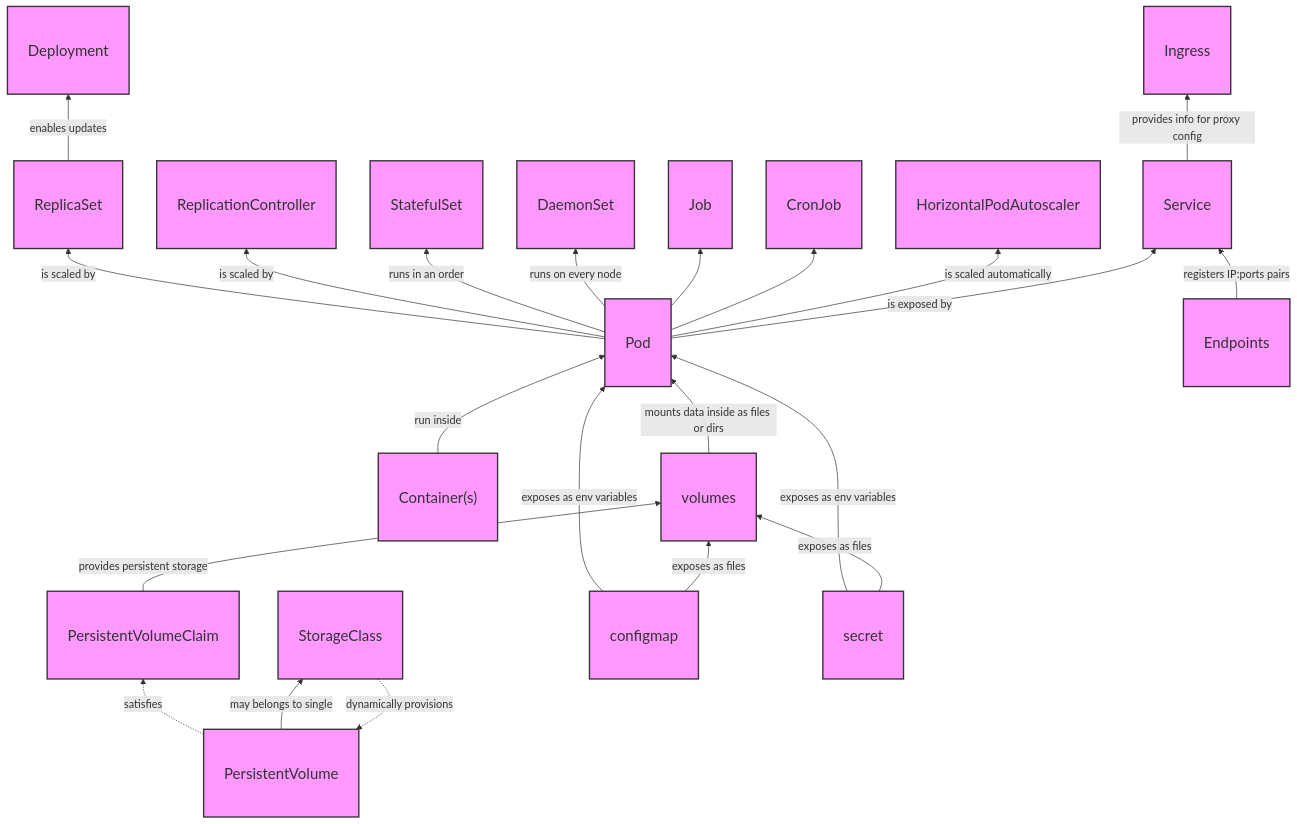
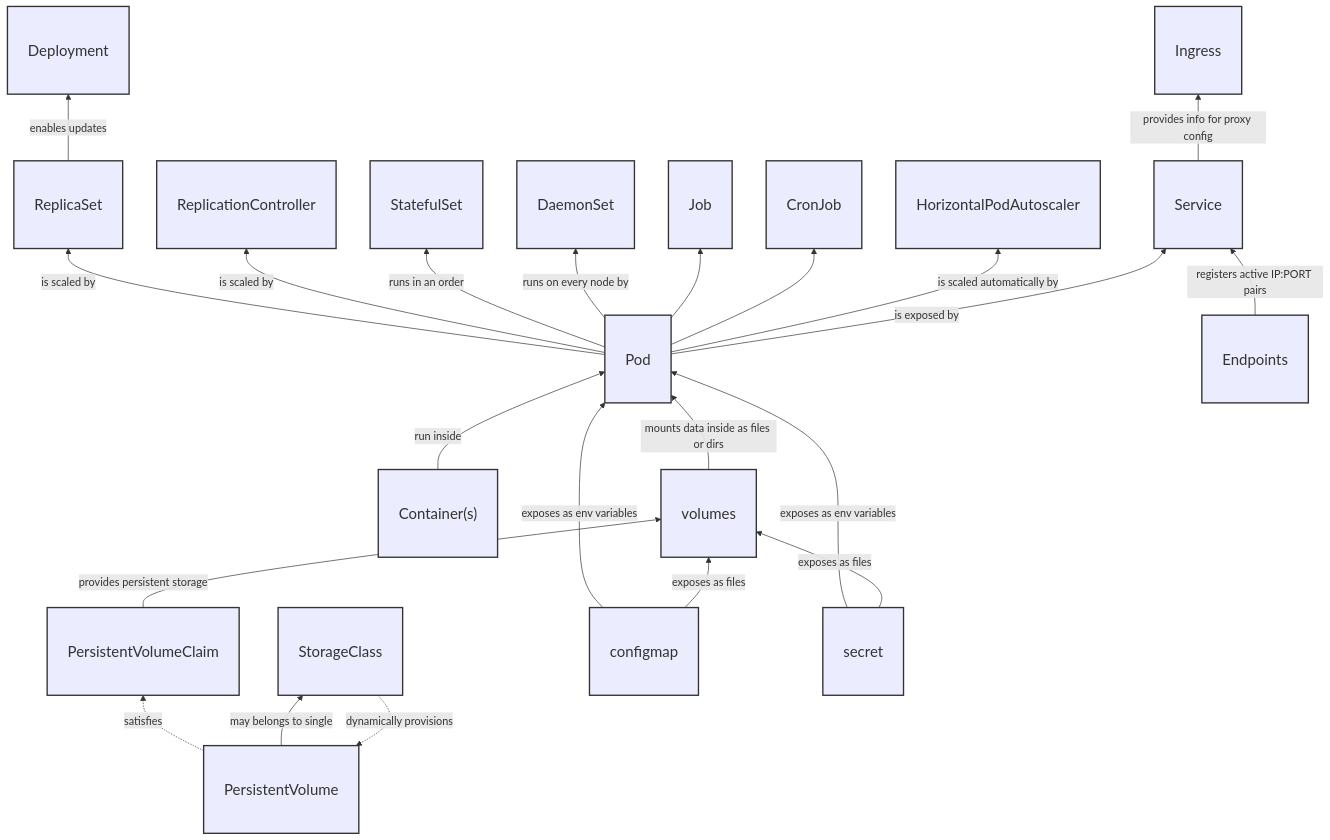
One commit to cloudowski/kubemap changed the diagram in content/kubernetes.md. Above: the diagram before and after it, drawn with Mermaid. The commit also changed 2 other files, not shown here.

Commit message:
Added README and a snapshot of a map

```diff
--- a/content/kubernetes.md
+++ b/content/kubernetes.md
@@ -15,49 +15,48 @@
 {{<mermaid>}}
 graph BT;
     
     linkStyle default interpolate basis
-    classDef default fill:#f9f,stroke:#333,stroke-width:2px,font-size:22px,padding:8px;
+    classDef default stroke:#333,stroke-width:2px,font-size:22px,padding:8px;
 
 
     container["Container(s)"]--run inside-->pod[Pod]
     click container callback "One or more containers"
-    click container "http://www.github.com" "This is a link"
 
     pod--is scaled by-->rs[ReplicaSet]
     click pod callback "This is a pod. It is a building block for all other workloads inside Kubernetes."
     click rs callback "A simple controller that just runs multiple replicas from a pod defintion"
 
     pod--is scaled by-->rc[ReplicationController]
     click rc callback "A simple controller that just runs multiple replicas from a pod defintion. LEGACY and it's been replaced by ReplicaSet."
 
     pod--runs in an order-->statefulset[StatefulSet]
     click statefulset callback "Runs a set of pods with IP and DNS names set in ordinal fashion. Used by cluster-type workloads."
 
-    pod--runs on every node-->ds[DaemonSet]
+    pod--runs on every node by-->ds[DaemonSet]
     click ds callback "Runs a single pod on every node in a cluster."
 
     rs--enables updates-->deployment[Deployment]
     click deployment callback "Manage applications lifecycle through mulitple ReplicaSets.
     "
     pod-->job[Job]
 
     pod-->cronjob[CronJob]
-    pod--is scaled automatically-->hpa[HorizontalPodAutoscaler]
+    pod--is scaled automatically by-->hpa[HorizontalPodAutoscaler]
 
 
     pod--is exposed by-->svc[Service]
-    ep[Endpoints]--registers IP:ports pairs-->svc
+    ep[Endpoints]--registers active IP:PORT pairs-->svc
     svc--provides info for proxy config-->ing[Ingress]
     
     pv[PersistentVolume]-.satisfies.->pvc
     pvc[PersistentVolumeClaim]--provides persistent storage-->volumes
 
     sc[StorageClass]-.dynamically provisions.->pv
     pv--may belongs to single-->sc
     configmap--exposes as env variables-->pod
     configmap--exposes as files-->volumes
     secret--exposes as env variables-->pod
     secret--exposes as files-->volumes
     volumes--mounts data inside as files or dirs-->pod[Pod]
 
 {{< /mermaid >}}
```
